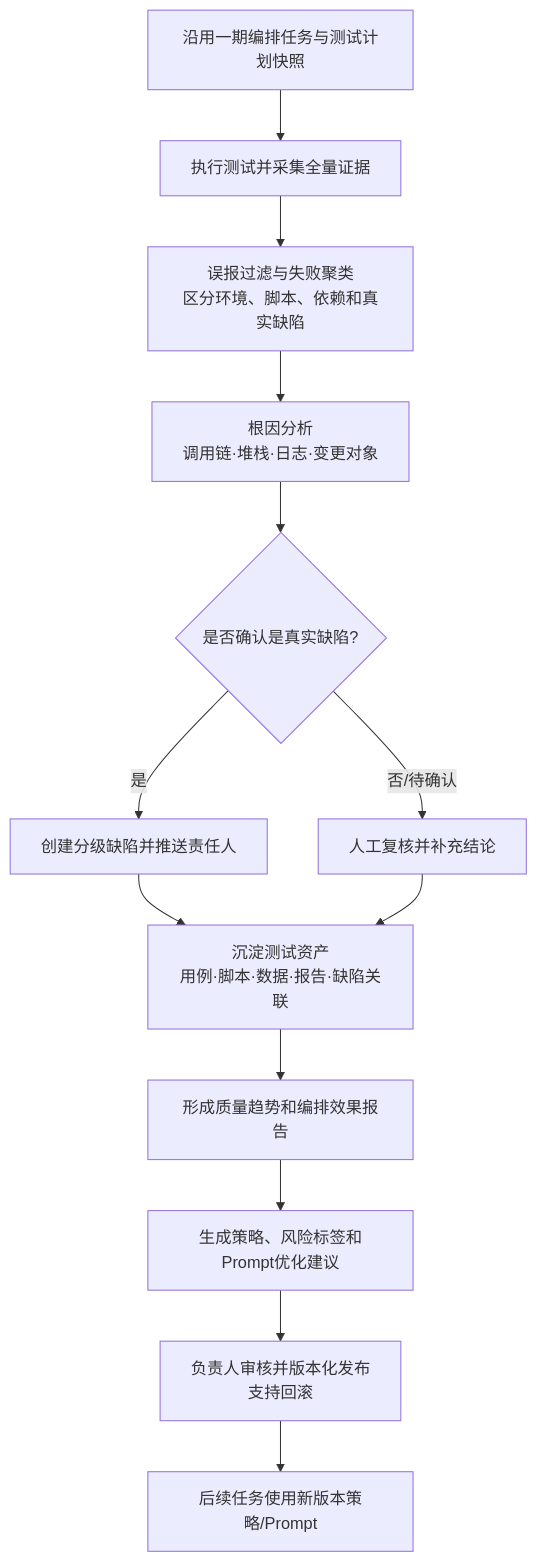
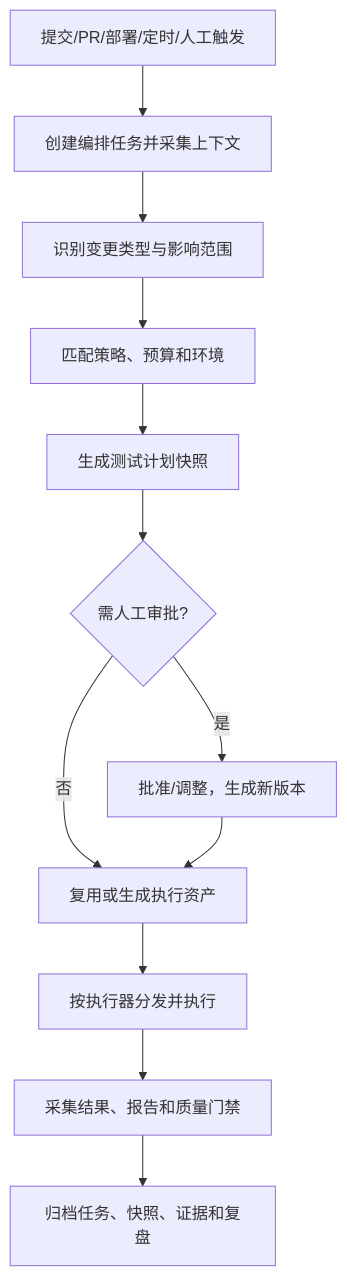
The fifth of 9 diagrams in AI驱动自动化测试平台自研落地实施方案.md (xiangsong97/xueran), drawn with Mermaid before and after one commit. The commit also changed other lines of this file, not shown here.

Commit message:
docs: streamline architecture and complete governance details

````diff
--- a/AI驱动自动化测试平台自研落地实施方案.md
+++ b/AI驱动自动化测试平台自研落地实施方案.md
@@ -910,15 +647,14 @@
 ```mermaid
 flowchart TD
-    START["沿用一期编排任务与测试计划快照"] --> EXEC["执行测试并采集全量证据"]
-    EXEC --> FILTER["误报过滤与失败聚类<br/>区分环境、脚本、依赖和真实缺陷"]
-    FILTER --> ROOT["根因分析<br/>调用链·堆栈·日志·变更对象"]
-    ROOT --> REVIEW{"是否确认是真实缺陷?"}
-    REVIEW -- "是" --> DEFECT["创建分级缺陷并推送责任人"]
-    REVIEW -- "否/待确认" --> MANUAL["人工复核并补充结论"]
-    DEFECT --> ASSET["沉淀测试资产<br/>用例·脚本·数据·报告·缺陷关联"]
-    MANUAL --> ASSET
-    ASSET --> REPORT["形成质量趋势和编排效果报告"]
-    REPORT --> OPT["生成策略、风险标签和Prompt优化建议"]
-    OPT --> APPROVE["负责人审核并版本化发布<br/>支持回滚"]
-    APPROVE --> NEXT["后续任务使用新版本策略/Prompt"]
+    A["提交/PR/部署/定时/人工触发"] --> B["创建编排任务并采集上下文"]
+    B --> C["识别变更类型与影响范围"]
+    C --> D["匹配策略、预算和环境"]
+    D --> E["生成测试计划快照"]
+    E --> F{"需人工审批?"}
+    F -- "是" --> G["批准/调整，生成新版本"]
+    F -- "否" --> H["复用或生成执行资产"]
+    G --> H
+    H --> I["按执行器分发并执行"]
+    I --> J["采集结果、报告和质量门禁"]
+    J --> K["归档任务、快照、证据和复盘"]
 ```
````
